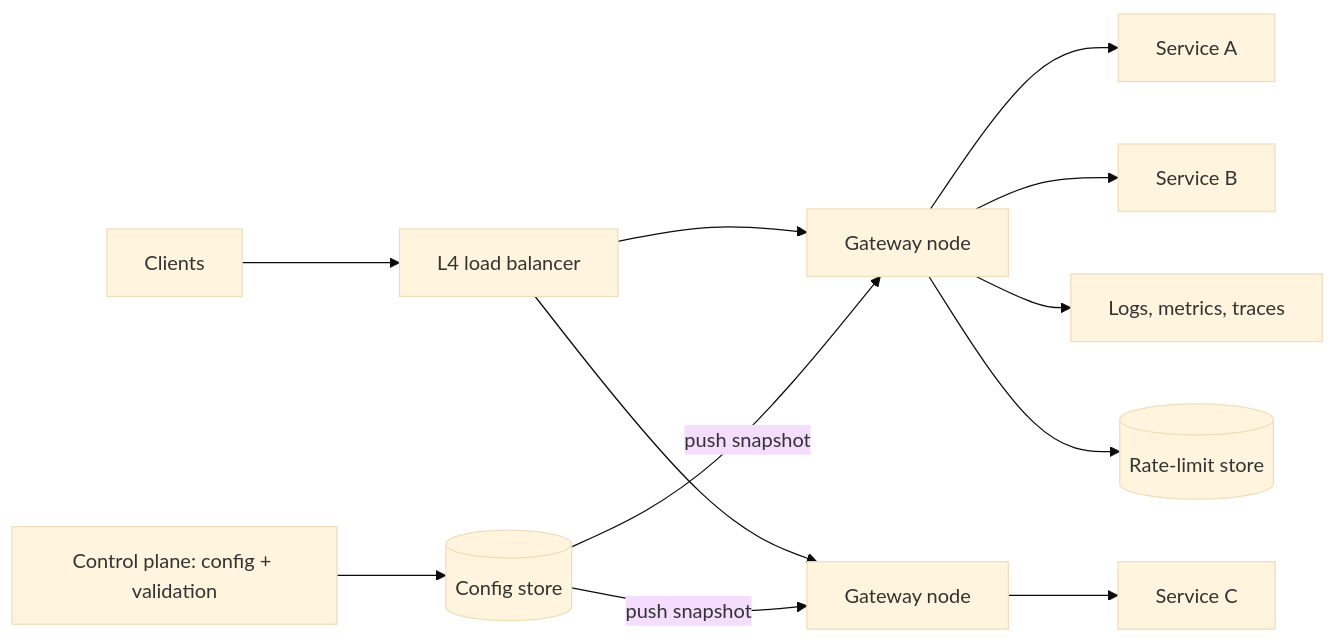
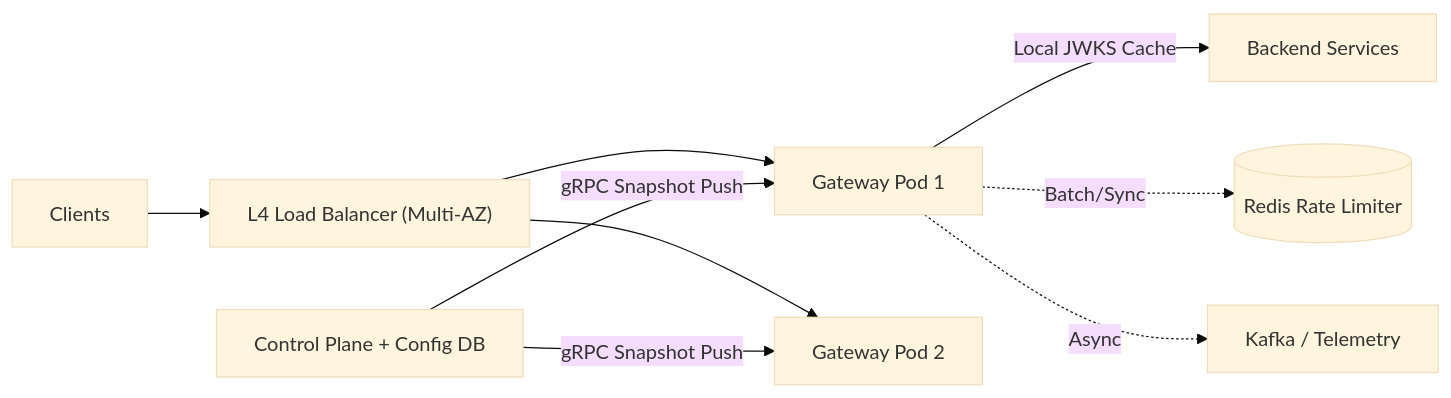
Before and after one commit to TapanKumarBarik/Backend-roadmap: the second of 5 diagrams in content/system-design/22-interview-design-problems/28-api-gateway/README.md, drawn with Mermaid (base theme). The commit also changed other lines of this file and 37 other files, not shown here.

Commit message:
Upgrade Track 22 (37 interview design problems) with scale-by-scale architecture evolution

````diff
--- a/content/system-design/22-interview-design-problems/28-api-gateway/README.md
+++ b/content/system-design/22-interview-design-problems/28-api-gateway/README.md
@@ -107,14 +156,11 @@
 ```mermaid
 flowchart LR
-  C["Clients"] --> LB["L4 load balancer"]
-  LB --> G1["Gateway node"]
-  LB --> G2["Gateway node"]
-  G1 --> S1["Service A"]
-  G1 --> S2["Service B"]
-  G2 --> S3["Service C"]
-  CP["Control plane: config + validation"] --> CS[("Config store")]
-  CS -- "push snapshot" --> G1
-  CS -- "push snapshot" --> G2
-  G1 --> OBS["Logs, metrics, traces"]
-  G1 --> RL[("Rate-limit store")]
+  C["Clients"] --> NLB["L4 Load Balancer (Multi-AZ)"]
+  NLB --> G1["Gateway Pod 1"]
+  NLB --> G2["Gateway Pod 2"]
+  CP["Control Plane + Config DB"] -- "gRPC Snapshot Push" --> G1
+  CP -- "gRPC Snapshot Push" --> G2
+  G1 -- "Local JWKS Cache" --> S1["Backend Services"]
+  G1 -. "Batch/Sync" .-> RL[("Redis Rate Limiter")]
+  G1 -. "Async" .-> OBS["Kafka / Telemetry"]
 ```
````
